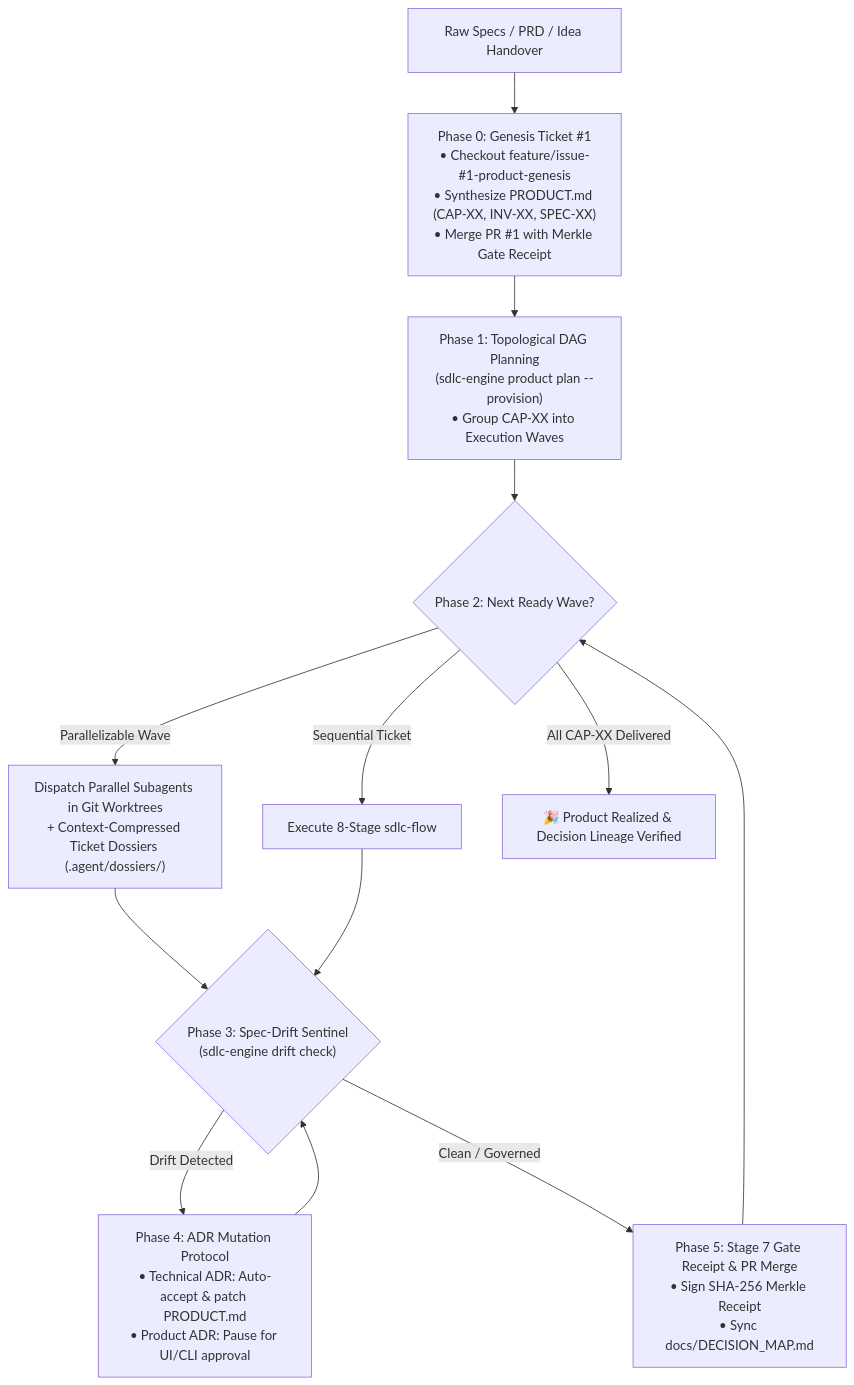
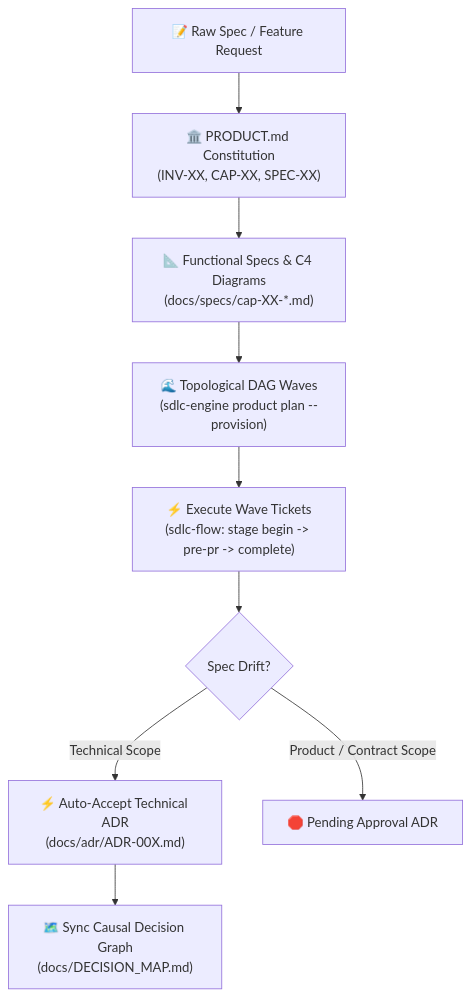
Before and after one commit to fmatar/quarkus-agui: the diagram in .agents/skills/sdlc-product/SKILL.md, drawn with Mermaid. The commit also changed other lines of this file and 90 other files, not shown here.

Commit message:
chore(sdlc): upgrade Agentic SDLC engine and Universal Router + 8 Verb Skills suite (#102)

````diff
--- a/.agents/skills/sdlc-product/SKILL.md
+++ b/.agents/skills/sdlc-product/SKILL.md
@@ -17,15 +19,11 @@
 ```mermaid
 flowchart TD
-    Handover["Raw Specs / PRD / Idea Handover"] --> Genesis["Phase 0: Genesis Ticket #1\n• Checkout feature/issue-#1-product-genesis\n• Synthesize PRODUCT.md (CAP-XX, INV-XX, SPEC-XX)\n• Merge PR #1 with Merkle Gate Receipt"]
-    Genesis --> PlanDAG["Phase 1: Topological DAG Planning\n(sdlc-engine product plan --provision)\n• Group CAP-XX into Execution Waves"]
-    PlanDAG --> NextWave{"Phase 2: Next Ready Wave?"}
-    NextWave -->|Parallelizable Wave| WorktreeDispatch["Dispatch Parallel Subagents in Git Worktrees\n+ Context-Compressed Ticket Dossiers (.agent/dossiers/)"]
-    NextWave -->|Sequential Ticket| SingleFlow["Execute 8-Stage sdlc-flow"]
-    WorktreeDispatch --> DriftSentinel{"Phase 3: Spec-Drift Sentinel\n(sdlc-engine drift check)"}
-    SingleFlow --> DriftSentinel
-    DriftSentinel -->|Drift Detected| MintADR["Phase 4: ADR Mutation Protocol\n• Technical ADR: Auto-accept & patch PRODUCT.md\n• Product ADR: Pause for UI/CLI approval"]
-    MintADR --> DriftSentinel
-    DriftSentinel -->|Clean / Governed| MergeWave["Phase 5: Stage 7 Gate Receipt & PR Merge\n• Sign SHA-256 Merkle Receipt\n• Sync docs/DECISION_MAP.md"]
-    MergeWave --> NextWave
-    NextWave -->|All CAP-XX Delivered| Complete["🎉 Product Realized & Decision Lineage Verified"]
+    Raw["📝 Raw Spec / Feature Request"] --> Init["🏛️ PRODUCT.md Constitution\n(INV-XX, CAP-XX, SPEC-XX)"]
+    Init --> Specs["📐 Functional Specs & C4 Diagrams\n(docs/specs/cap-XX-*.md)"]
+    Specs --> Plan["🌊 Topological DAG Waves\n(sdlc-engine product plan --provision)"]
+    Plan --> WaveExec["⚡ Execute Wave Tickets\n(sdlc-flow: stage begin -> pre-pr -> complete)"]
+    WaveExec --> Drift{"Spec Drift?"}
+    Drift -->|Technical Scope| TechADR["⚡ Auto-Accept Technical ADR\n(docs/adr/ADR-00X.md)"]
+    Drift -->|Product / Contract Scope| ProdADR["🛑 Pending Approval ADR"]
+    TechADR --> Map["🗺️ Sync Causal Decision Graph\n(docs/DECISION_MAP.md)"]
 ```
````
